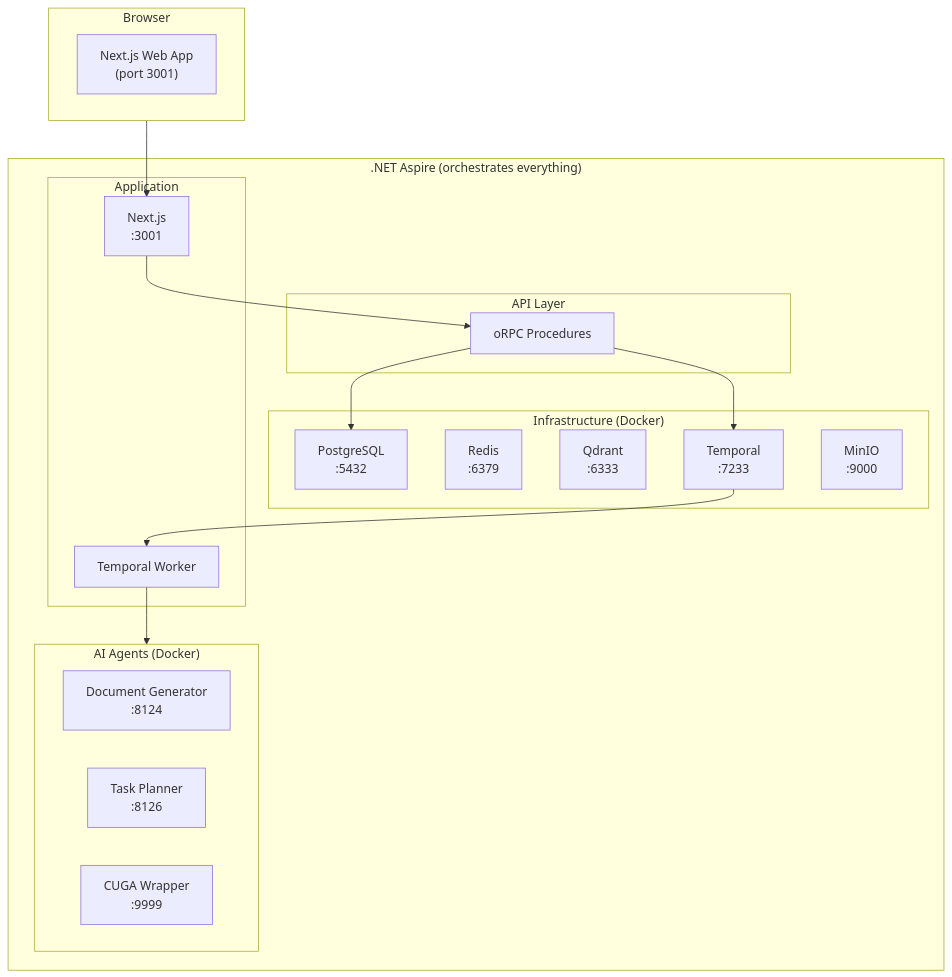
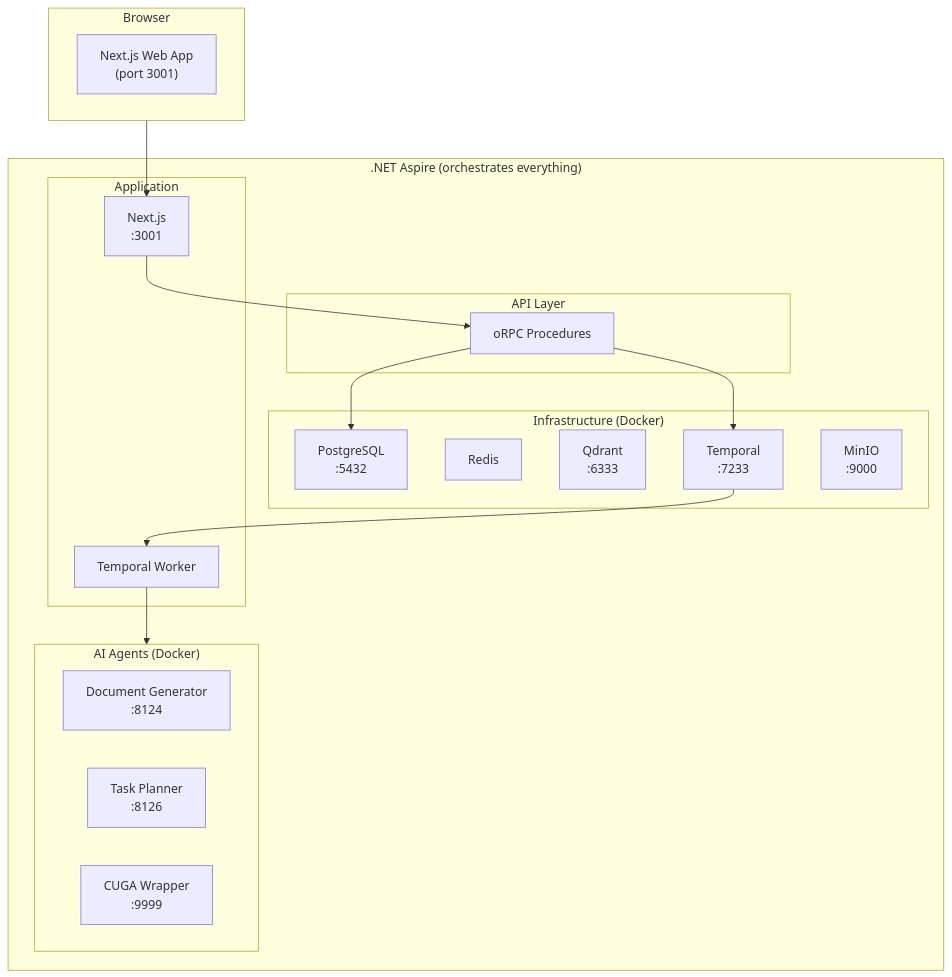
The diagram in README.md (Fabric-Pro/fabric-oss), drawn with Mermaid before and after one commit. The commit also changed other lines of this file and 1157 other files, not shown here.

````diff
--- a/README.md
+++ b/README.md
@@ -7,38 +7,38 @@
 ```mermaid
 flowchart TB
     subgraph Browser["Browser"]
         UI["Next.js Web App\n(port 3001)"]
     end
 
     subgraph Aspire[".NET Aspire (orchestrates everything)"]
         subgraph Infra["Infrastructure (Docker)"]
             PG["PostgreSQL\n:5432"]
-            Redis["Redis\n:6379"]
+            Redis["Redis"]
             Qdrant["Qdrant\n:6333"]
             Temporal["Temporal\n:7233"]
             MinIO["MinIO\n:9000"]
         end
 
         subgraph App["Application"]
             Web["Next.js\n:3001"]
             Worker["Temporal Worker"]
         end
 
         subgraph Agents["AI Agents (Docker)"]
             DocGen["Document Generator\n:8124"]
             Planner["Task Planner\n:8126"]
             CUGA["CUGA Wrapper\n:9999"]
         end
 
         subgraph API["API Layer"]
             ORPC["oRPC Procedures"]
         end
     end
 
     Browser --> Web
     Web --> ORPC
     ORPC --> PG
     ORPC --> Temporal
     Worker --> Agents
     Temporal --> Worker
 ```
````
